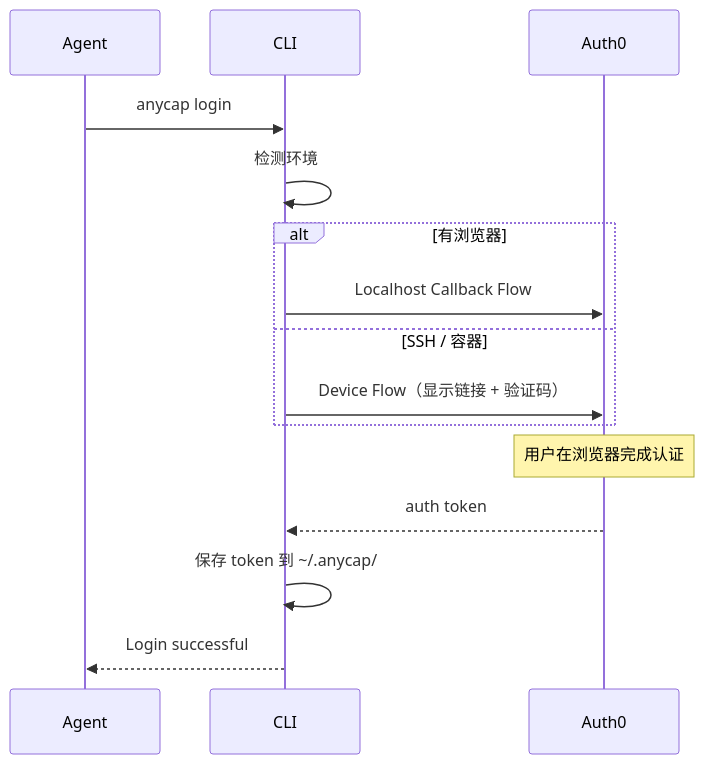
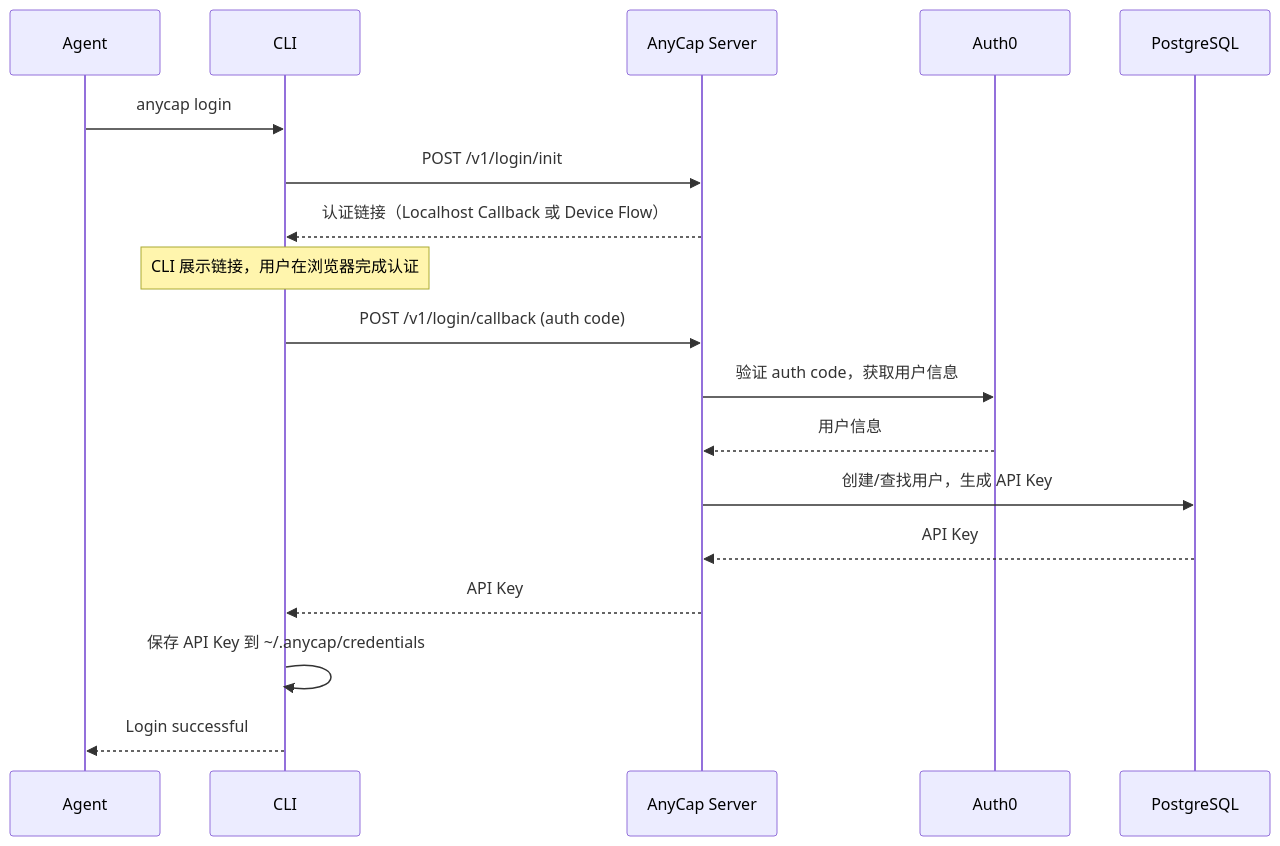
Before and after one commit to anycap-ai/anycap: the third of 6 diagrams in docs/system-architecture.md, drawn with Mermaid. The commit also changed other lines of this file and 1 other file, not shown here.

````diff
--- a/docs/system-architecture.md
+++ b/docs/system-architecture.md
@@ -130,18 +140,21 @@
 ```mermaid
 sequenceDiagram
     participant A as Agent
     participant C as CLI
+    participant S as AnyCap Server
     participant AU as Auth0
+    participant PG as PostgreSQL
 
     A->>C: anycap login
-    C->>C: 检测环境
-    alt 有浏览器
-        C->>AU: Localhost Callback Flow
-    else SSH / 容器
-        C->>AU: Device Flow（显示链接 + 验证码）
-    end
-    Note over AU: 用户在浏览器完成认证
-    AU-->>C: auth token
-    C->>C: 保存 token 到 ~/.anycap/
+    C->>S: POST /v1/login/init
+    S-->>C: 认证链接（Localhost Callback 或 Device Flow）
+    Note over C: CLI 展示链接，用户在浏览器完成认证
+    C->>S: POST /v1/login/callback (auth code)
+    S->>AU: 验证 auth code，获取用户信息
+    AU-->>S: 用户信息
+    S->>PG: 创建/查找用户，生成 API Key
+    PG-->>S: API Key
+    S-->>C: API Key
+    C->>C: 保存 API Key 到 ~/.anycap/credentials
     C-->>A: Login successful
 ```
````
